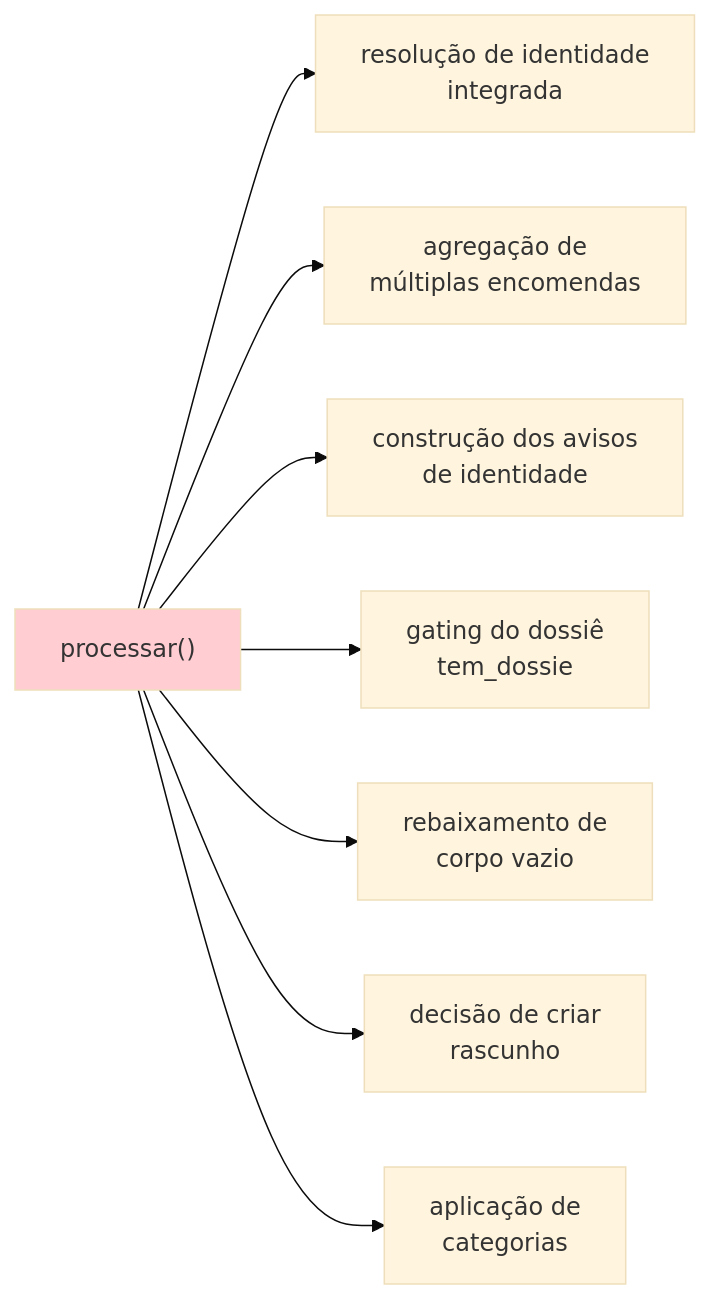
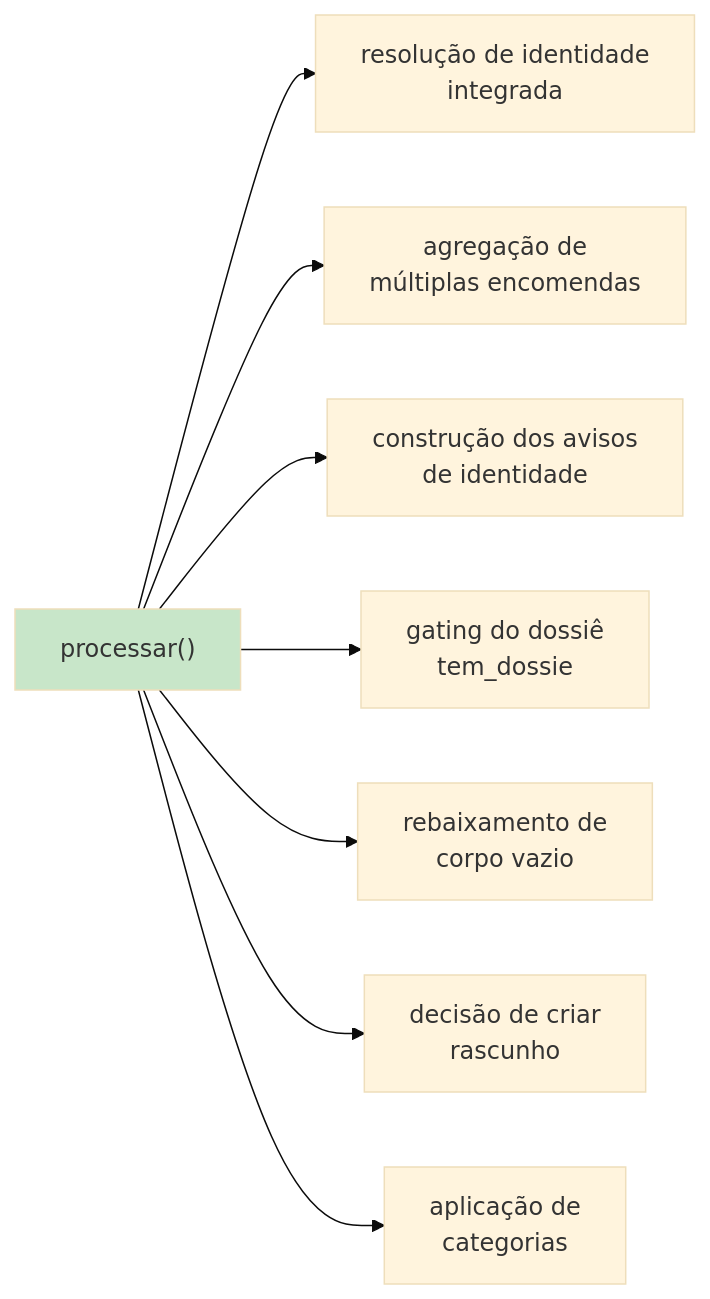
One commit to joaocarvalhini/Outlook-Reply-Assistant changed the second of 2 diagrams in docs/06-engineering/technical-debt.md. Above: the diagram before and after it, drawn with Mermaid (base theme). The commit also changed other lines of this file and 4 other files, not shown here.

````diff
--- a/docs/06-engineering/technical-debt.md
+++ b/docs/06-engineering/technical-debt.md
@@ -155,11 +155,11 @@
 ```mermaid
 flowchart LR
     A["processar()"] --> B["resolução de identidade<br/>integrada"]
     A --> C["agregação de<br/>múltiplas encomendas"]
     A --> D["construção dos avisos<br/>de identidade"]
     A --> E["gating do dossiê<br/>tem_dossie"]
     A --> F["rebaixamento de<br/>corpo vazio"]
     A --> G["decisão de criar<br/>rascunho"]
     A --> H["aplicação de<br/>categorias"]
-    style A fill:#ffcdd2
+    style A fill:#c8e6c9
 ```
````
